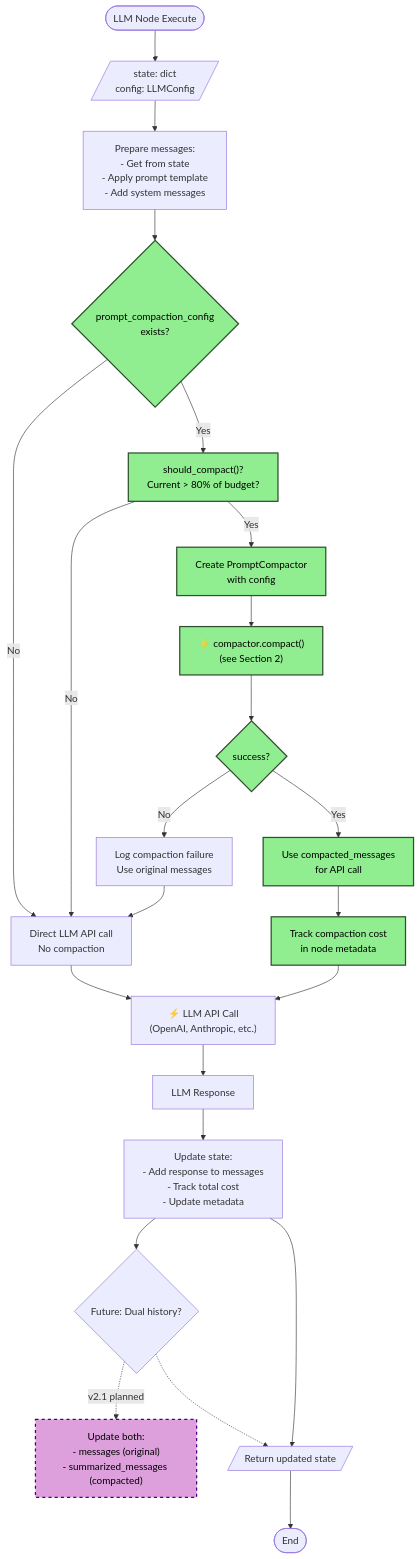
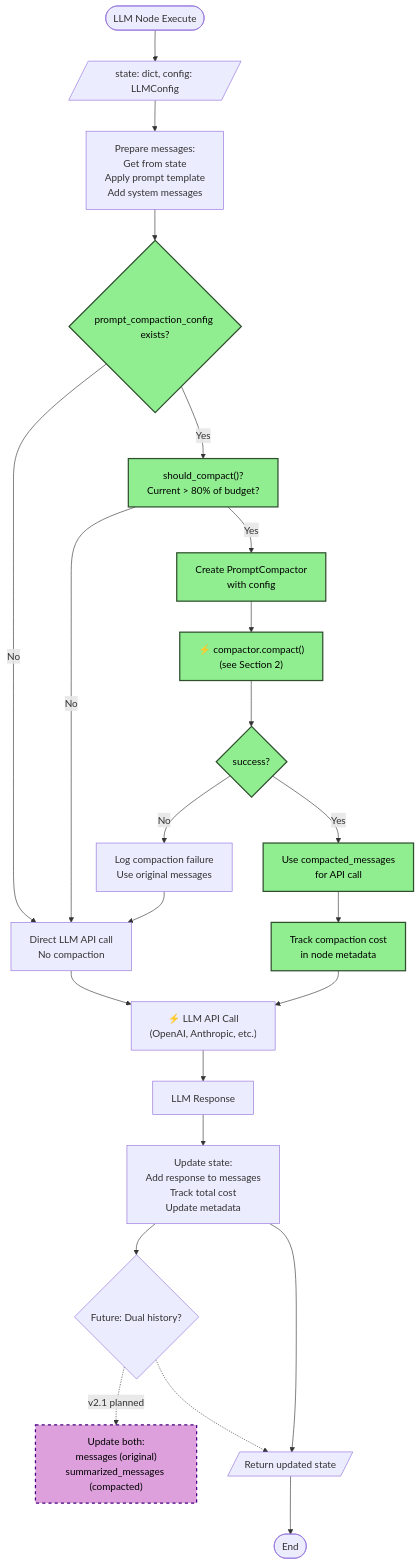
Before and after one commit to Deepakk681/kiwiq: diagram 17 of 22 in docs/design_docs/workflow_service_docs/technical_design/prompt_compaction/CODE_FLOW_DIAGRAMS.md, drawn with Mermaid. The commit also changed other lines of this file and 38 other files, not shown here.

Commit message:
Add prompt compaction with extensive testing

````diff
--- a/docs/design_docs/workflow_service_docs/technical_design/prompt_compaction/CODE_FLOW_DIAGRAMS.md
+++ b/docs/design_docs/workflow_service_docs/technical_design/prompt_compaction/CODE_FLOW_DIAGRAMS.md
@@ -2028,45 +2058,45 @@
 ```mermaid
 graph TB
-    START([LLM Node Execute]) --> INPUT[/state: dict<br/>config: LLMConfig/]
+    START([LLM Node Execute]) --> INPUT[/state: dict, config: LLMConfig/]
 
-    INPUT --> PREPARE[Prepare messages:<br/>- Get from state<br/>- Apply prompt template<br/>- Add system messages]
+    INPUT --> PREPARE[Prepare messages:<br/>Get from state<br/>Apply prompt template<br/>Add system messages]
 
-    PREPARE --> COMPACTION_CHECK{prompt_compaction_config<br/>exists?}
+    PREPARE --> COMPACTION_CHECK{prompt_compaction_config exists?}
 
     COMPACTION_CHECK -->|No| DIRECT_CALL[Direct LLM API call<br/>No compaction]
     COMPACTION_CHECK -->|Yes| THRESHOLD_CHECK["should_compact()?<br/>Current > 80% of budget?"]
 
     THRESHOLD_CHECK -->|No| DIRECT_CALL
     THRESHOLD_CHECK -->|Yes| CREATE_COMPACTOR[Create PromptCompactor<br/>with config]
 
     CREATE_COMPACTOR --> COMPACT_CALL["⚡ compactor.compact()<br/>(see Section 2)"]
 
     COMPACT_CALL --> RESULT{success?}
 
     RESULT -->|No| LOG_FAILURE[Log compaction failure<br/>Use original messages]
     LOG_FAILURE --> DIRECT_CALL
 
     RESULT -->|Yes| USE_COMPACTED[Use compacted_messages<br/>for API call]
     USE_COMPACTED --> TRACK_COST[Track compaction cost<br/>in node metadata]
 
     TRACK_COST --> API_CALL["⚡ LLM API Call<br/>(OpenAI, Anthropic, etc.)"]
     DIRECT_CALL --> API_CALL
 
     API_CALL --> RESPONSE[LLM Response]
-    RESPONSE --> UPDATE_STATE[Update state:<br/>- Add response to messages<br/>- Track total cost<br/>- Update metadata]
+    RESPONSE --> UPDATE_STATE[Update state:<br/>Add response to messages<br/>Track total cost<br/>Update metadata]
 
     UPDATE_STATE --> FUTURE{Future: Dual history?}
-    FUTURE -.->|v2.1 planned| DUAL_UPDATE["Update both:<br/>- messages (original)<br/>- summarized_messages (compacted)"]
+    FUTURE -.->|v2.1 planned| DUAL_UPDATE["Update both:<br/>messages (original)<br/>summarized_messages (compacted)"]
     FUTURE -.-> RETURN
 
     UPDATE_STATE --> RETURN[/Return updated state/]
 
     RETURN --> END([End])
 
     classDef v20 fill:#90EE90,stroke:#2F4F2F,stroke-width:2px,color:#000
     classDef v21 fill:#87CEEB,stroke:#1E3A8A,stroke-width:2px,color:#000
     classDef future fill:#DDA0DD,stroke:#4B0082,stroke-width:2px,stroke-dasharray: 5 5,color:#000
 
     class COMPACTION_CHECK,THRESHOLD_CHECK,CREATE_COMPACTOR,COMPACT_CALL,RESULT,USE_COMPACTED,TRACK_COST v20
     class DUAL_UPDATE future
 ```
````
